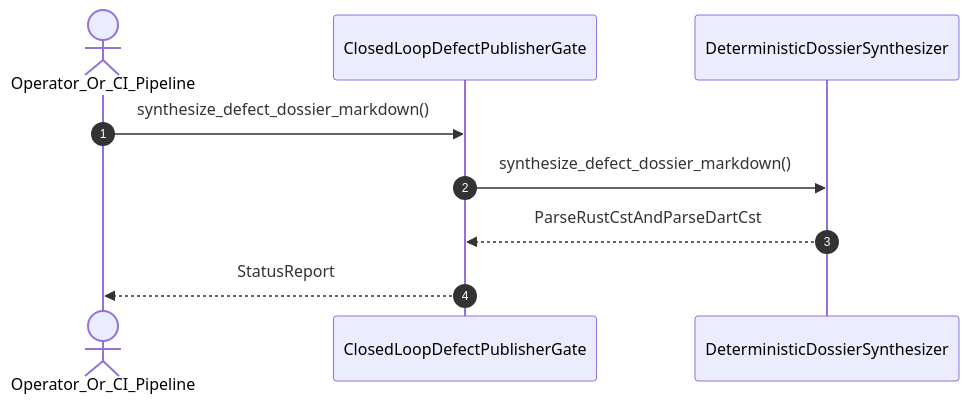
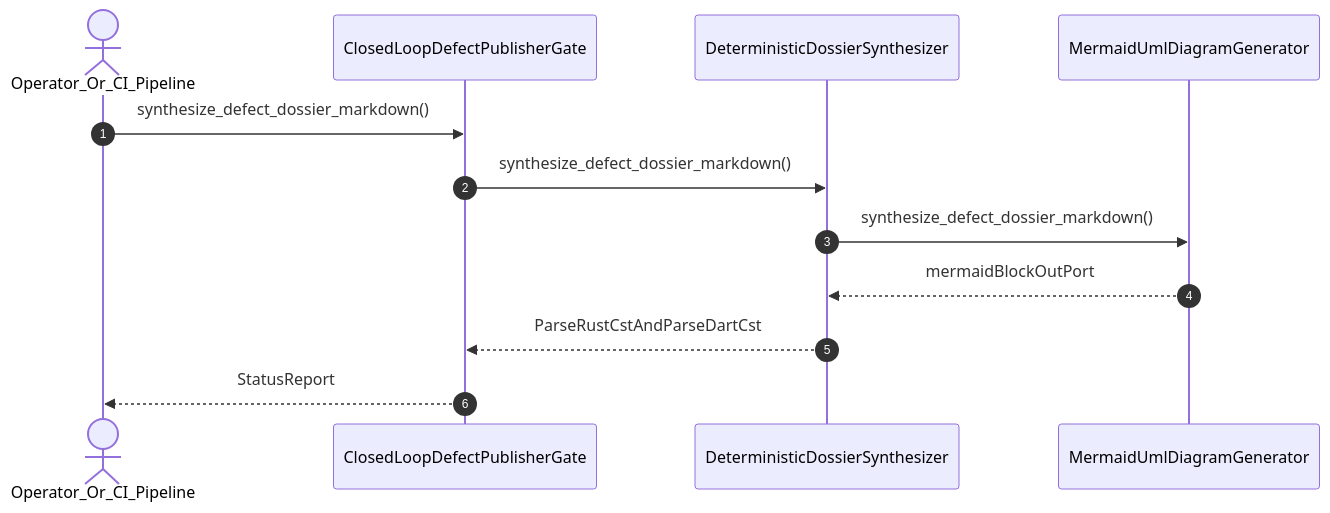
The diagram in .pipeline/upstream/docs/user-stories/US-40-synthesize_defect_dossier_markdown.md (gintatkinson/DEAP01-spec-core), drawn with Mermaid before and after one commit. The commit also changed other lines of this file and 225 other files, not shown here.

````diff
--- a/.pipeline/upstream/docs/user-stories/US-40-synthesize_defect_dossier_markdown.md
+++ b/.pipeline/upstream/docs/user-stories/US-40-synthesize_defect_dossier_markdown.md
@@ -38,11 +39,14 @@
 ```mermaid
 sequenceDiagram
     autonumber
     actor Operator_Or_CI_Pipeline
     participant ClosedLoopDefectPublisherGate
     participant DeterministicDossierSynthesizer
+    participant MermaidUmlDiagramGenerator
     Operator_Or_CI_Pipeline->>ClosedLoopDefectPublisherGate: synthesize_defect_dossier_markdown()
     ClosedLoopDefectPublisherGate->>DeterministicDossierSynthesizer: synthesize_defect_dossier_markdown()
+    DeterministicDossierSynthesizer->>MermaidUmlDiagramGenerator: synthesize_defect_dossier_markdown()
+    MermaidUmlDiagramGenerator-->>DeterministicDossierSynthesizer: mermaidBlockOutPort
     DeterministicDossierSynthesizer-->>ClosedLoopDefectPublisherGate: ParseRustCstAndParseDartCst
     ClosedLoopDefectPublisherGate-->>Operator_Or_CI_Pipeline: StatusReport
 ```
````
